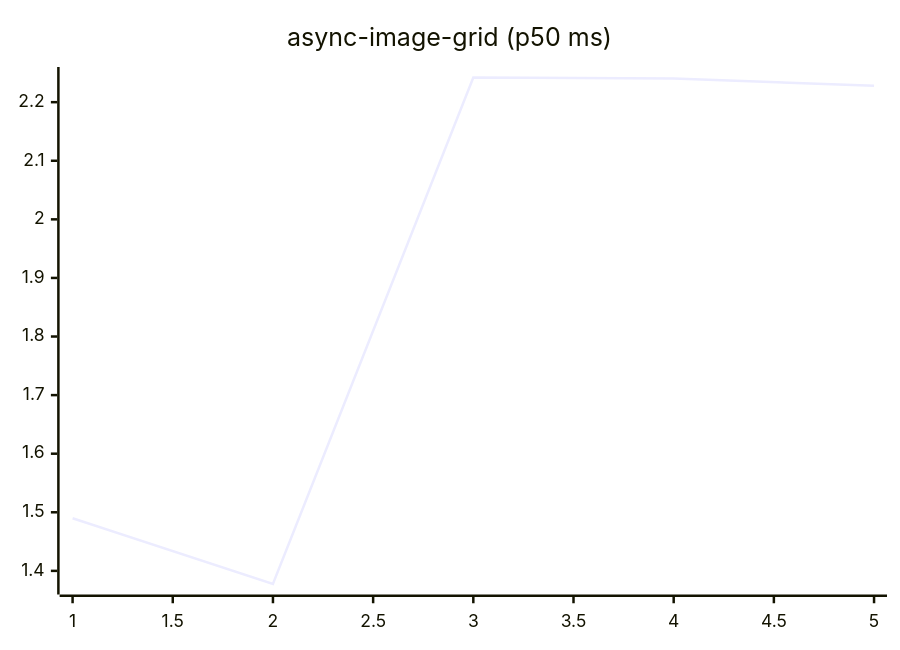
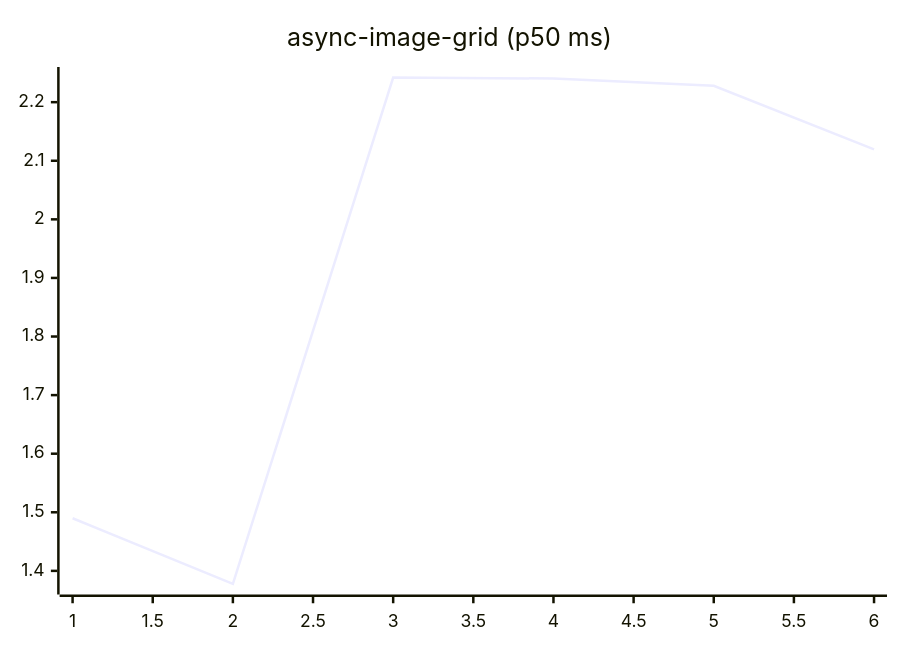
The fifth of 27 diagrams in README.md (josha/Facet), drawn with Mermaid before and after one commit. The commit also changed other lines of this file and 2 other files, not shown here.

````diff
--- a/README.md
+++ b/README.md
@@ -91,6 +91,6 @@
 ```mermaid
 xychart-beta
     title "async-image-grid (p50 ms)"
-    x-axis 1 --> 5
-    line [1.4898, 1.3778, 2.2419, 2.2404, 2.2280]
+    x-axis 1 --> 6
+    line [1.4898, 1.3778, 2.2419, 2.2404, 2.2280, 2.1194]
 ```
````
